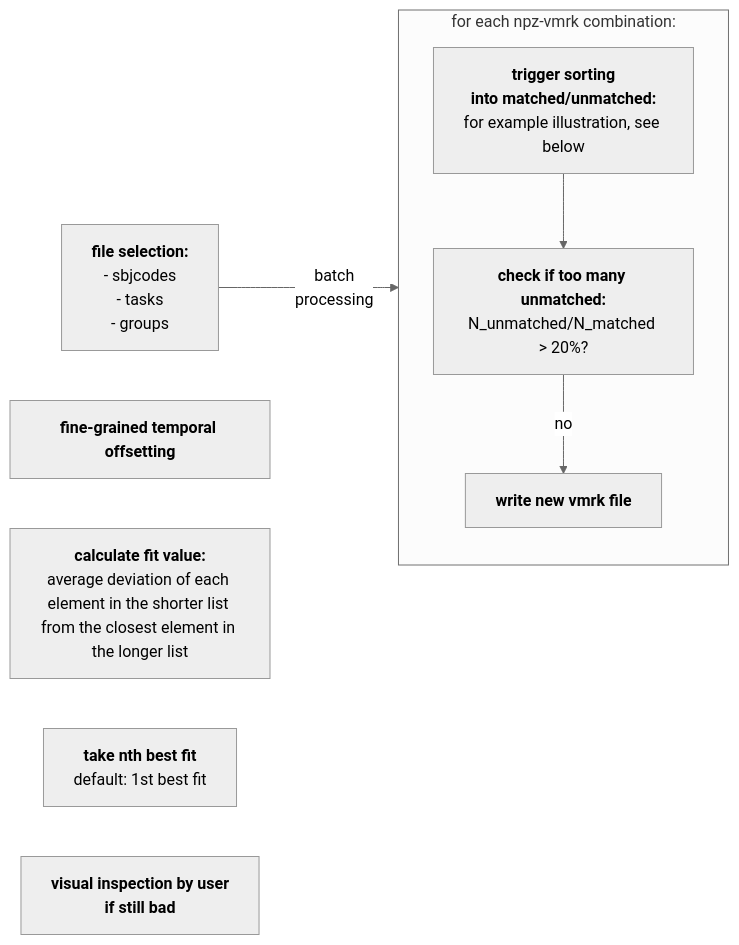
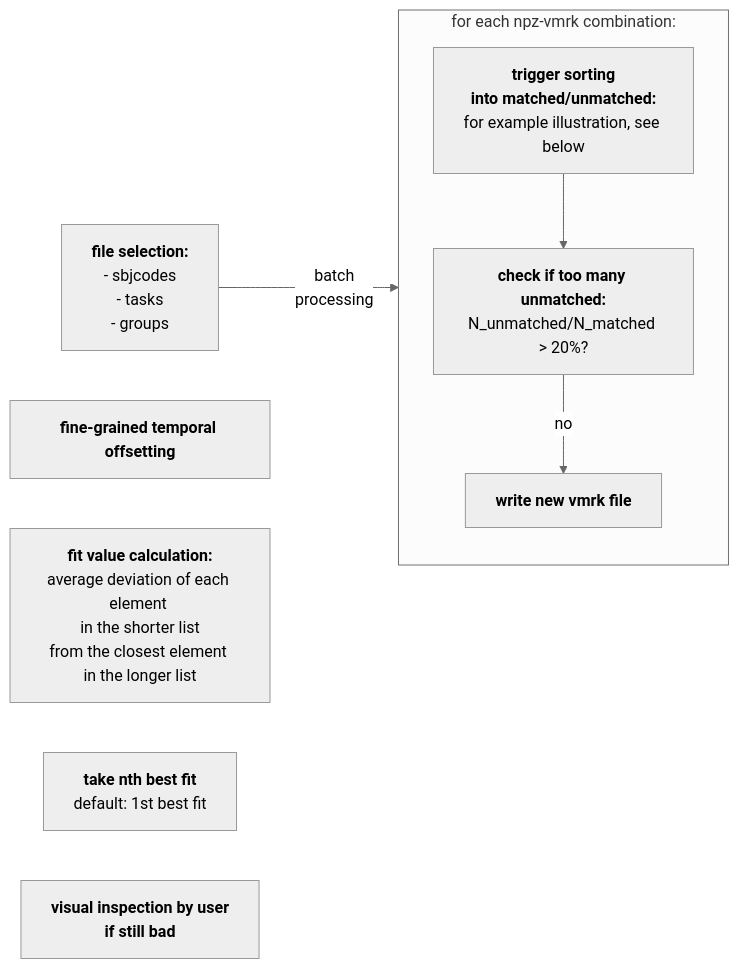
The diagram in README.md (neuro-dream/Trigger-Fix), drawn with Mermaid (neutral theme) before and after one commit.

````diff
--- a/README.md
+++ b/README.md
@@ -6,25 +6,25 @@
 ```mermaid
 
 %% (function: <a href='https://github.com/neurodream/Trigger-Fix/blob/main/trigfix/trigger_compare_functions.py#L92'>apply_fix</a>)
 
 graph LR;
     A["<b>file selection:</b><br>- sbjcodes<br> - tasks<br> - groups"]
     B["<b>trigger sorting<br>into matched/unmatched:</b><br>for example illustration, see below"]
     C["<b>check if too many unmatched:</b><br>N_unmatched/N_matched > 20%?"]
     D["<b>fine-grained temporal offsetting</b>"]
-    E["<b>calculate fit value:</b><br>average deviation of each element in the shorter list <br>from the closest element in the longer list"]
+    E["<b>fit value calculation:</b><br>average deviation of each element <br> in the shorter list <br>from the closest element <br>in the longer list"]
     F["<b>take nth best fit</b><br>default: 1st best fit"]
     G["<b>write new vmrk file</b>"]
     H["<b>visual inspection by user <br>if still bad</b>"]
 
 subgraph for_each_file_comb["for each npz-vmrk combination:"]
     direction TB
     B-->C;
     C-->|no|G;
 end
 
     A--"batch <br>processing"-->for_each_file_comb;
     %% A-->C;
     %% B-->D;
     %% C-->D;
 ```
````
